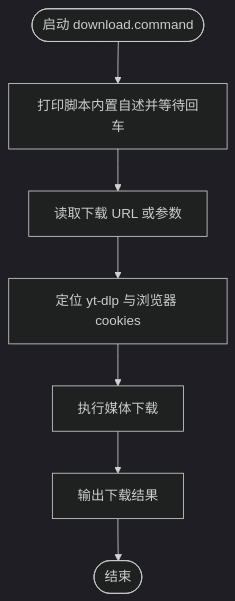
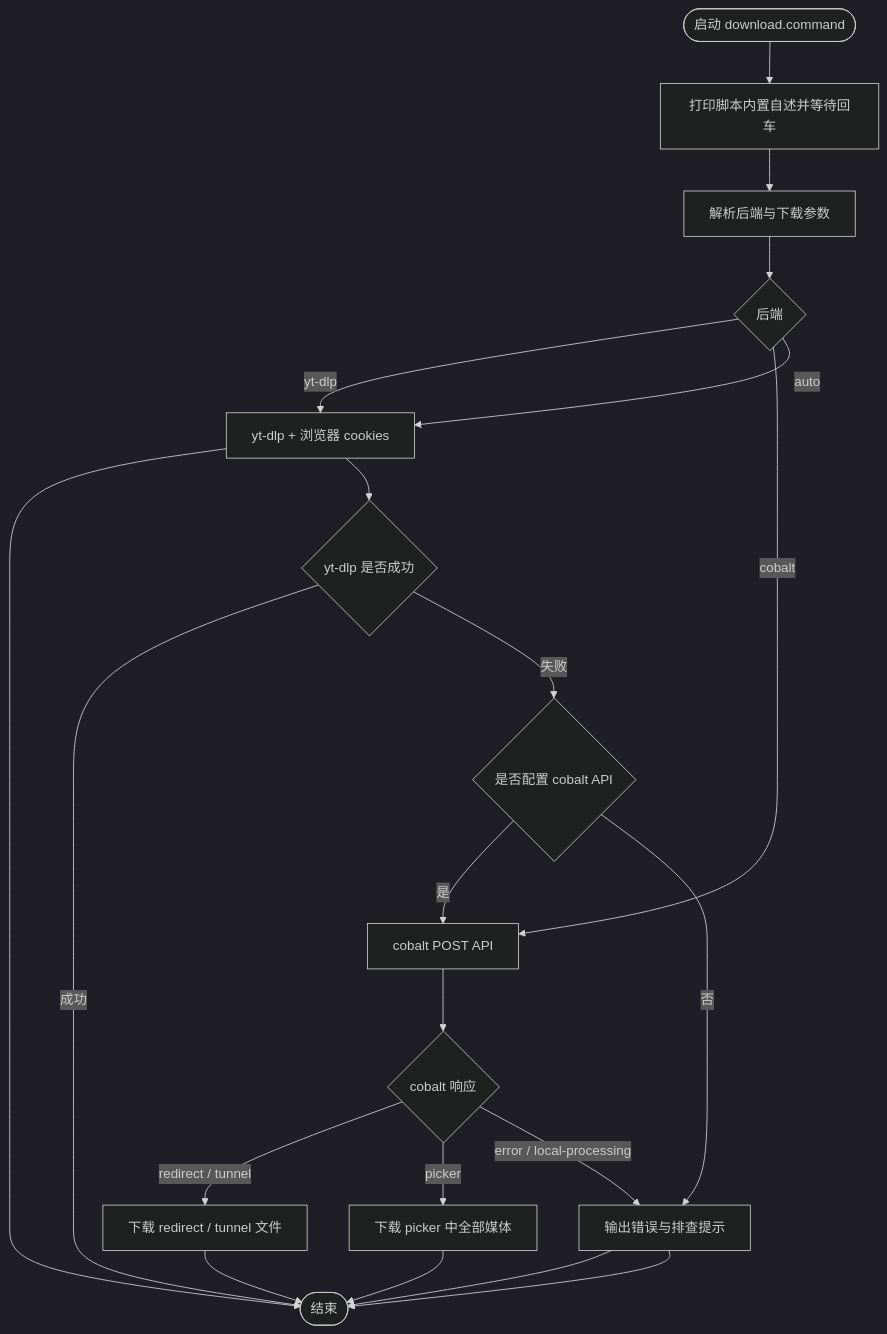
The diagram in scripts/download.command/README.md (JobsKits/JobsMacEnvVarConfig), drawn with Mermaid (dark theme) before and after one commit. The commit also changed other lines of this file and 48 other files, not shown here.

````diff
--- a/scripts/download.command/README.md
+++ b/scripts/download.command/README.md
@@ -39,16 +89,28 @@
 ```mermaid
 flowchart TD
     A([启动 download.command])
     B[打印脚本内置自述并等待回车]
-    A --> B
-    C[读取下载 URL 或参数]
-    B --> C
-    D[定位 yt-dlp 与浏览器 cookies]
-    C --> D
-    E[执行媒体下载]
-    D --> E
-    F[输出下载结果]
-    E --> F
-    G([结束])
-    F --> G
+    C[解析后端与下载参数]
+    D{后端}
+    E[yt-dlp + 浏览器 cookies]
+    F{yt-dlp 是否成功}
+    G{是否配置 cobalt API}
+    H[cobalt POST API]
+    I{cobalt 响应}
+    J[下载 redirect / tunnel 文件]
+    K[下载 picker 中全部媒体]
+    L[输出错误与排查提示]
+    M([结束])
+    A --> B --> C --> D
+    D -->|yt-dlp| E --> M
+    D -->|cobalt| H
+    D -->|auto| E --> F
+    F -->|成功| M
+    F -->|失败| G
+    G -->|是| H
+    G -->|否| L --> M
+    H --> I
+    I -->|redirect / tunnel| J --> M
+    I -->|picker| K --> M
+    I -->|error / local-processing| L --> M
 ```
````
